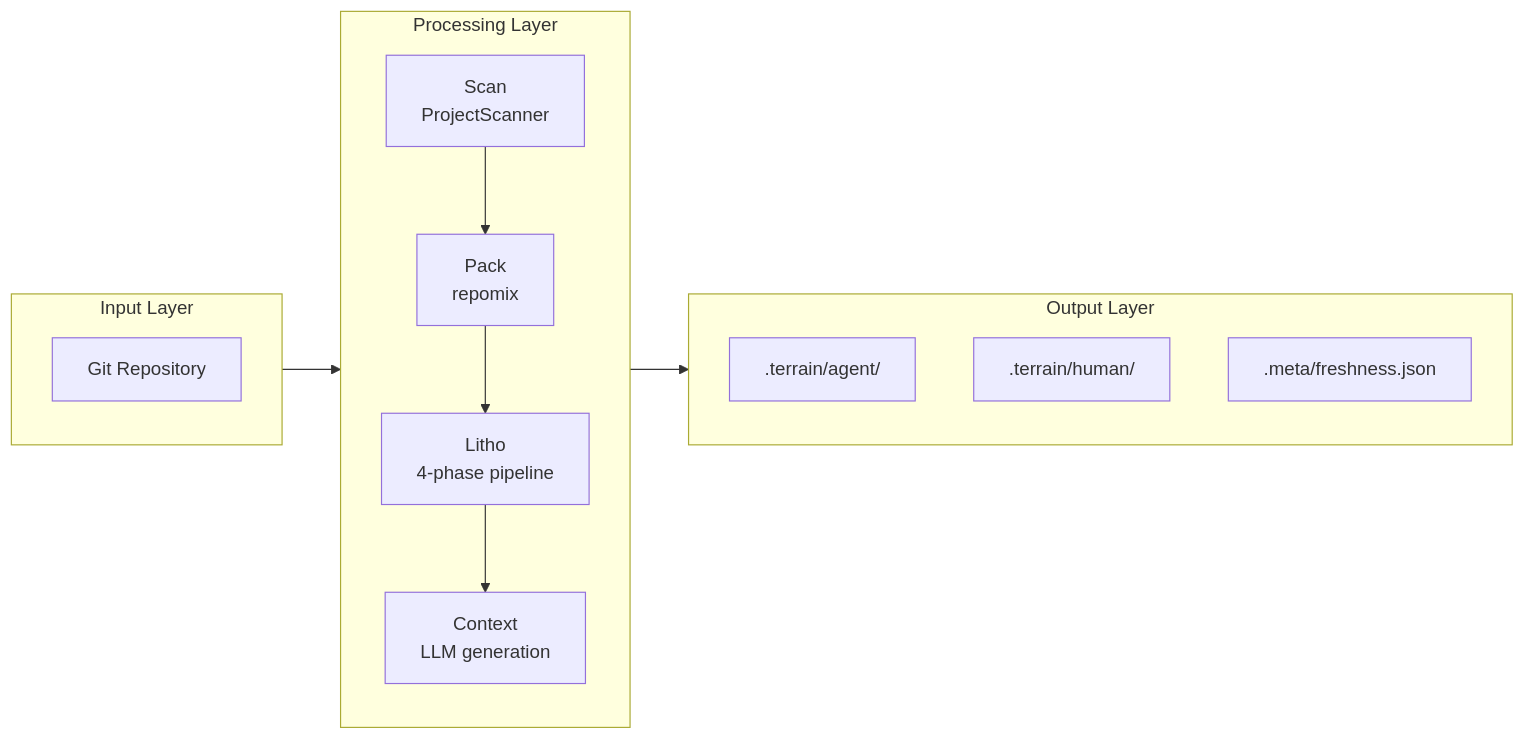
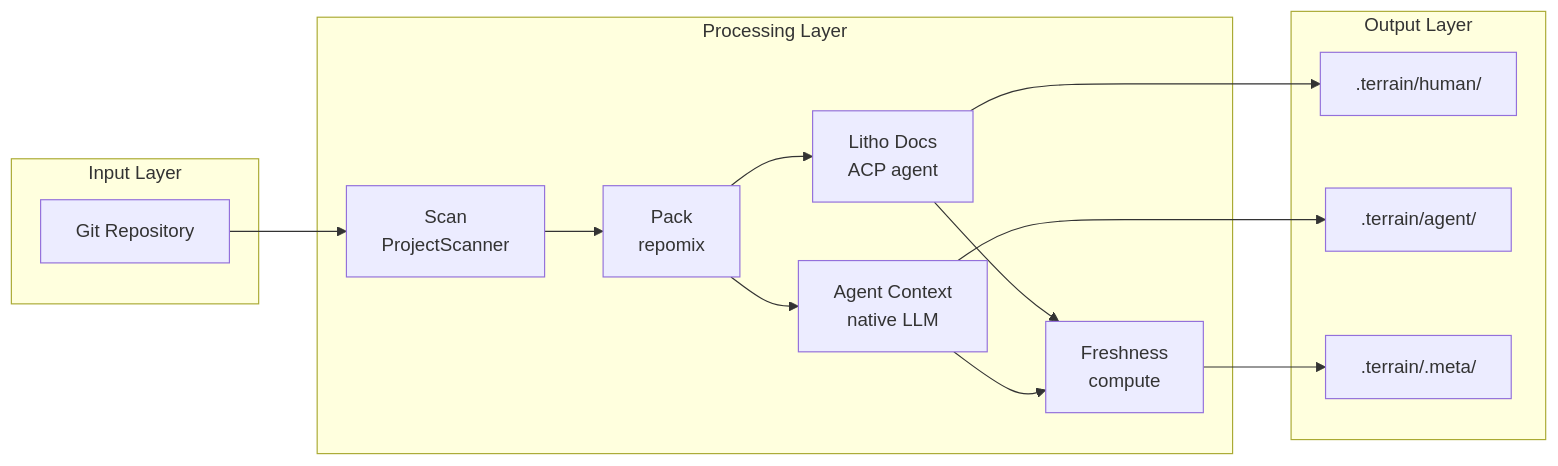
Before and after one commit to sopaco/terrain: the first of 5 diagrams in .terrain/human/3.Workflows.md, drawn with Mermaid. The commit also changed other lines of this file and 12 other files, not shown here.

````diff
--- a/.terrain/human/3.Workflows.md
+++ b/.terrain/human/3.Workflows.md
@@ -15,17 +13,22 @@
 ```mermaid
 flowchart LR
-    subgraph inputLayer["Input Layer"]
+    subgraph input ["Input Layer"]
         A["Git Repository"]
     end
-    subgraph processLayer["Processing Layer"]
+    subgraph process ["Processing Layer"]
         B["Scan<br/>ProjectScanner"] --> C["Pack<br/>repomix"]
-        C --> D["Litho<br/>4-phase pipeline"]
-        D --> E["Context<br/>LLM generation"]
+        C --> D["Litho Docs<br/>ACP agent"]
+        C --> E["Agent Context<br/>native LLM"]
+        D --> F["Freshness<br/>compute"]
+        E --> F
     end
-    subgraph outputLayer["Output Layer"]
-        F[".terrain/agent/"]
+    subgraph output ["Output Layer"]
         G[".terrain/human/"]
-        H[".meta/freshness.json"]
+        H[".terrain/agent/"]
+        I[".terrain/.meta/"]
     end
-    inputLayer --> processLayer --> outputLayer
+    A --> B
+    D --> G
+    E --> H
+    F --> I
 ```
````
